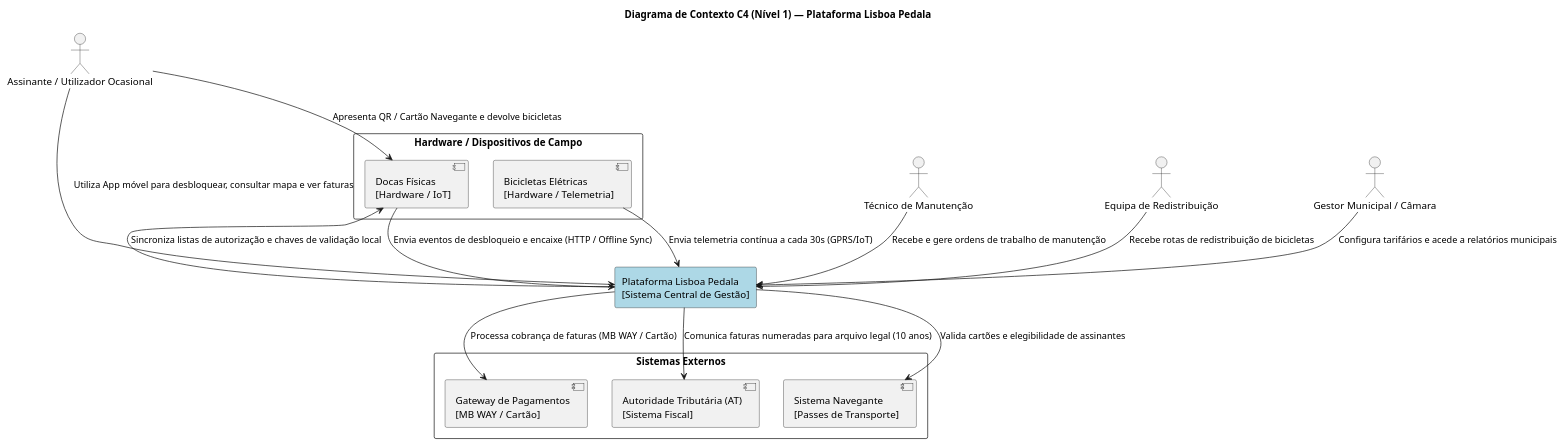
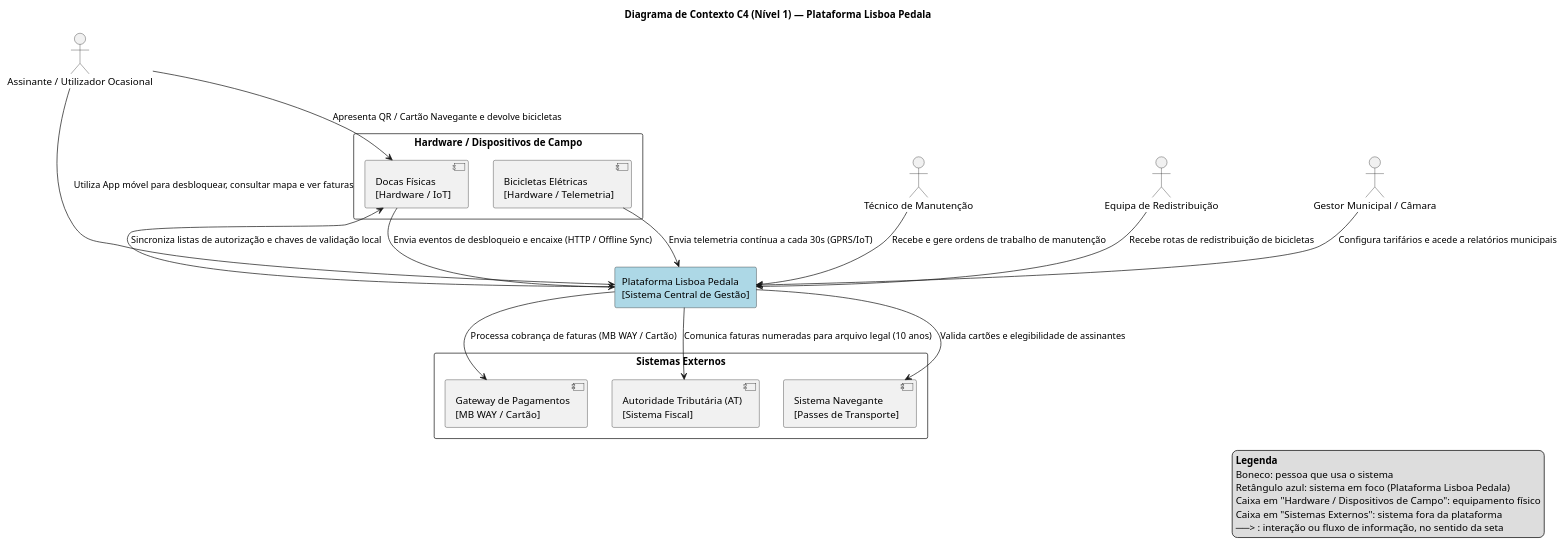
The diagram in docs/diagramas/c4-contexto.puml (Monster147/trabalho-pratico-1-DS), drawn with PlantUML before and after one commit. The commit also changed 61 other files, not shown here.

```diff
--- a/docs/diagramas/c4-contexto.puml
+++ b/docs/diagramas/c4-contexto.puml
@@ -1,42 +1,51 @@
 @startuml c4-contexto
 skinparam componentStyle uml2
 skinparam packageStyle rect
 
 title Diagrama de Contexto C4 (Nível 1) — Plataforma Lisboa Pedala
 
 actor "Assinante / Utilizador Ocasional" as User
 actor "Técnico de Manutenção" as Tech
 actor "Equipa de Redistribuição" as Driver
 actor "Gestor Municipal / Câmara" as Manager
 
 package "Hardware / Dispositivos de Campo" {
   component "Docas Físicas\n[Hardware / IoT]" as DocaHW
   component "Bicicletas Elétricas\n[Hardware / Telemetria]" as BikeHW
 }
 
 rectangle "Plataforma Lisboa Pedala\n[Sistema Central de Gestão]" as System #LightBlue
 
 package "Sistemas Externos" {
   component "Gateway de Pagamentos\n[MB WAY / Cartão]" as PaymentGW
   component "Autoridade Tributária (AT)\n[Sistema Fiscal]" as ATSystem
   component "Sistema Navegante\n[Passes de Transporte]" as NaveganteSystem
 }
 
 ' Relações dos Atores com a Plataforma
 User --> System : Utiliza App móvel para desbloquear, consultar mapa e ver faturas
 Tech --> System : Recebe e gere ordens de trabalho de manutenção
 Driver --> System : Recebe rotas de redistribuição de bicicletas
 Manager --> System : Configura tarifários e acede a relatórios municipais
 
 ' Relações com Hardware e Dispositivos
 User --> DocaHW : Apresenta QR / Cartão Navegante e devolve bicicletas
 DocaHW --> System : Envia eventos de desbloqueio e encaixe (HTTP / Offline Sync)
 System --> DocaHW : Sincroniza listas de autorização e chaves de validação local
 BikeHW --> System : Envia telemetria contínua a cada 30s (GPRS/IoT)
 
 ' Relações com Sistemas Externos
 System --> PaymentGW : Processa cobrança de faturas (MB WAY / Cartão)
 System --> ATSystem : Comunica faturas numeradas para arquivo legal (10 anos)
 System --> NaveganteSystem : Valida cartões e elegibilidade de assinantes
 
+legend right
+  **Legenda**
+  Boneco: pessoa que usa o sistema
+  Retângulo azul: sistema em foco (Plataforma Lisboa Pedala)
+  Caixa em "Hardware / Dispositivos de Campo": equipamento físico
+  Caixa em "Sistemas Externos": sistema fora da plataforma
+  ──> : interação ou fluxo de informação, no sentido da seta
+endlegend
+
 @enduml
```
